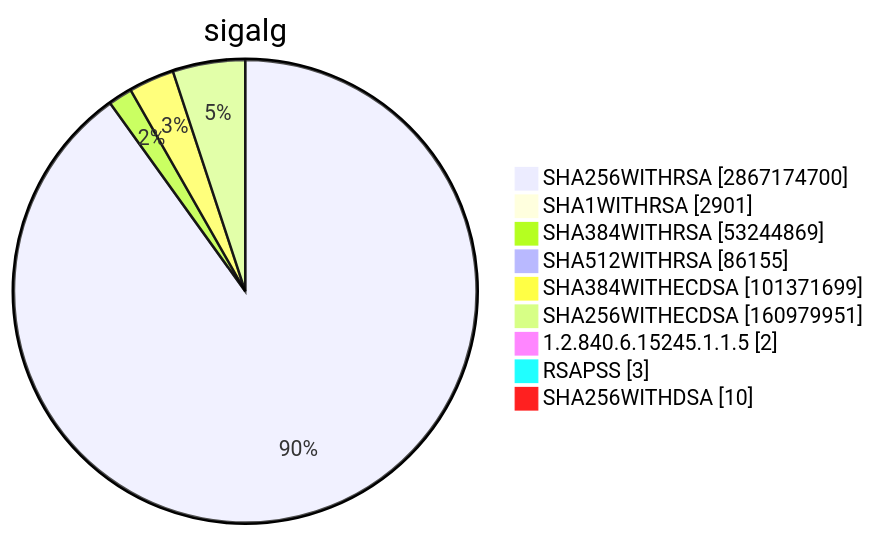
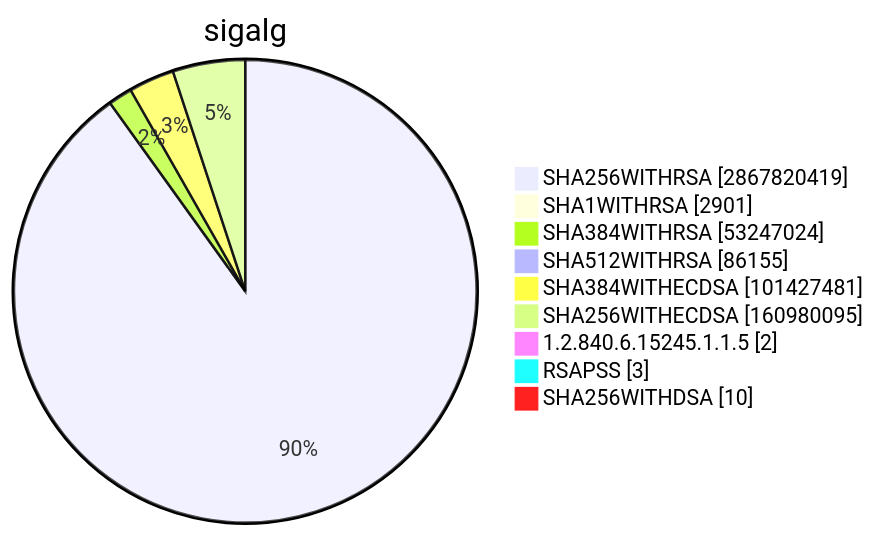
One commit to christiankrug/ctmonitor_visualization changed diagram 15 of 15 in TOTAL/README.md. Above: the diagram before and after it, drawn with Mermaid. The commit also changed other lines of this file, not shown here.

````diff
--- a/TOTAL/README.md
+++ b/TOTAL/README.md
@@ -6207,13 +6207,13 @@
 ```mermaid
 pie showData
 title sigalg
-"SHA256WITHRSA" :2867174700
+"SHA256WITHRSA" :2867820419
 "SHA1WITHRSA" :2901
-"SHA384WITHRSA" :53244869
+"SHA384WITHRSA" :53247024
 "SHA512WITHRSA" :86155
-"SHA384WITHECDSA" :101371699
-"SHA256WITHECDSA" :160979951
+"SHA384WITHECDSA" :101427481
+"SHA256WITHECDSA" :160980095
 "1.2.840.6.15245.1.1.5" :2
 "RSAPSS" :3
 "SHA256WITHDSA" :10
 ```
````
